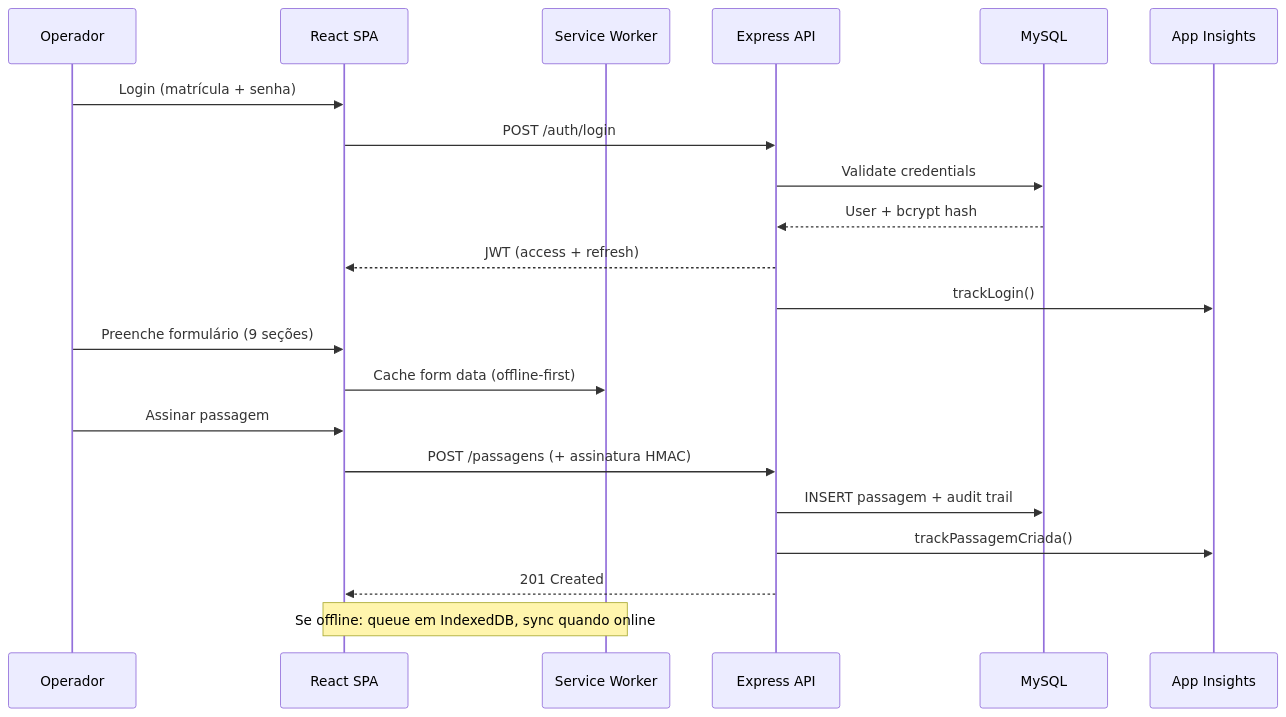
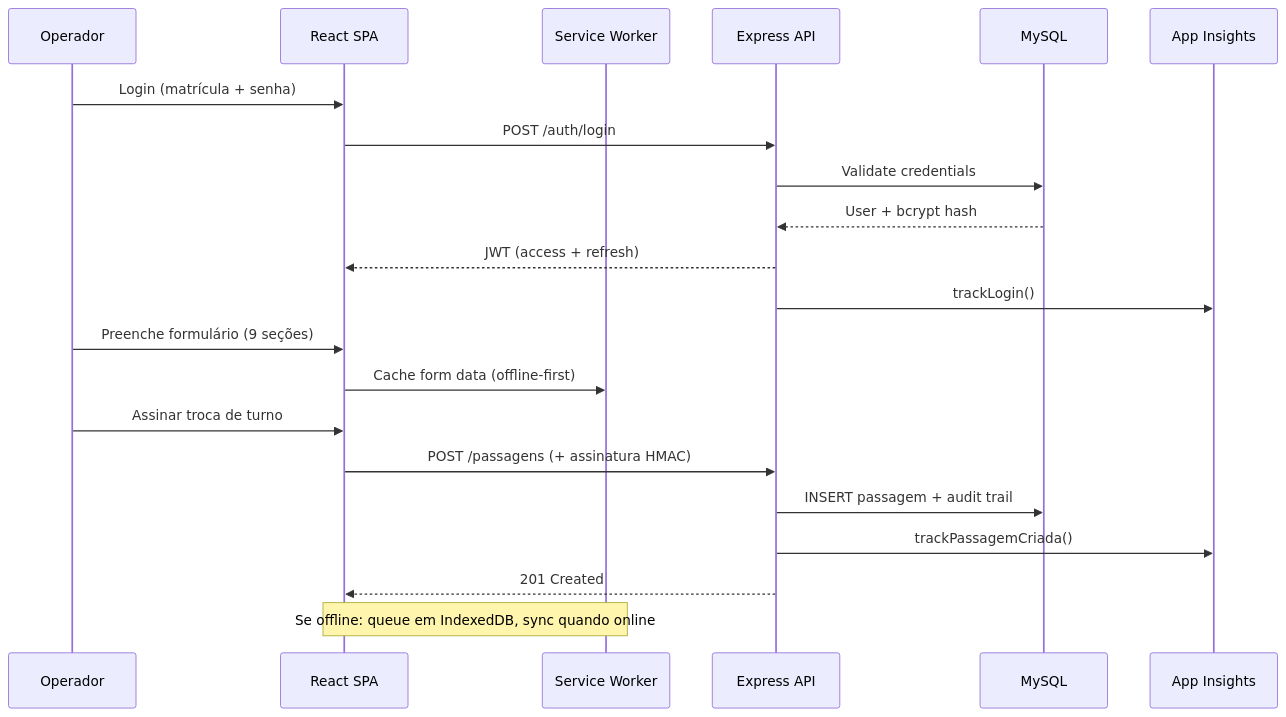
The sixth of 6 diagrams in docs/ARCHITECTURE.md (GregoryGSPinto/efvm360), drawn with Mermaid before and after one commit. The commit also changed other lines of this file and 65 other files, not shown here.

First line of the commit message:
refactor: renomear Passagem de Serviço → Gestão de Troca de Turno

````diff
--- a/docs/ARCHITECTURE.md
+++ b/docs/ARCHITECTURE.md
@@ -164,27 +164,27 @@
 ```mermaid
 sequenceDiagram
   participant OP as Operador
   participant SPA as React SPA
   participant SW as Service Worker
   participant API as Express API
   participant DB as MySQL
   participant AI as App Insights
 
   OP->>SPA: Login (matrícula + senha)
   SPA->>API: POST /auth/login
   API->>DB: Validate credentials
   DB-->>API: User + bcrypt hash
   API-->>SPA: JWT (access + refresh)
   API->>AI: trackLogin()
 
   OP->>SPA: Preenche formulário (9 seções)
   SPA->>SW: Cache form data (offline-first)
 
-  OP->>SPA: Assinar passagem
+  OP->>SPA: Assinar troca de turno
   SPA->>API: POST /passagens (+ assinatura HMAC)
   API->>DB: INSERT passagem + audit trail
   API->>AI: trackPassagemCriada()
   API-->>SPA: 201 Created
 
   Note over SPA,SW: Se offline: queue em IndexedDB, sync quando online
 ```
````
